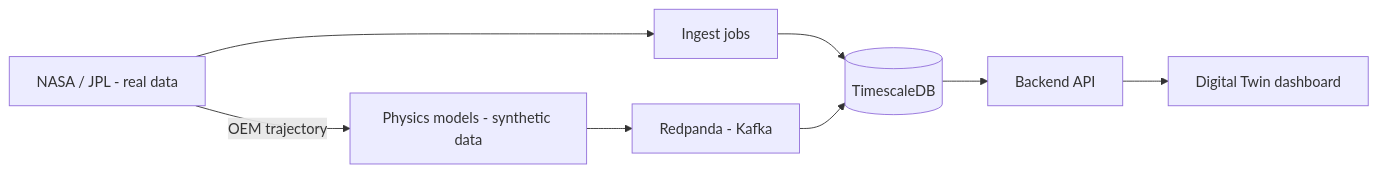
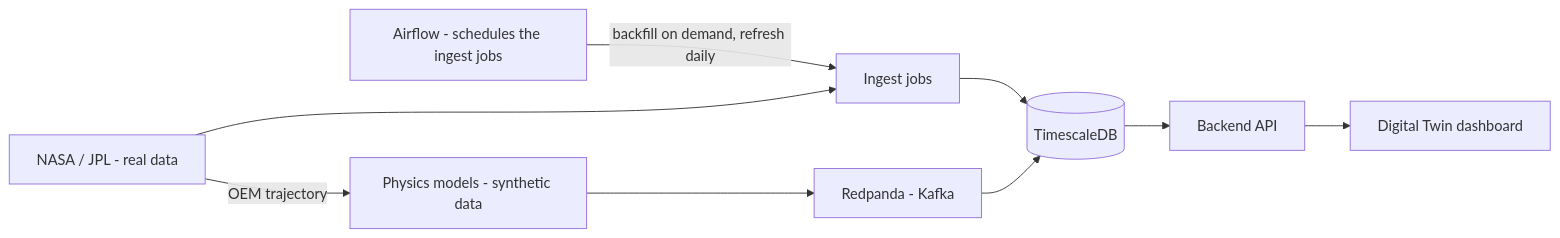
One commit to datatribe-collective-labs/telemetry changed the diagram in README.md. Above: the diagram before and after it, drawn with Mermaid. The commit also changed other lines of this file and 1 other file, not shown here.

First line of the commit message:
docs: bring the README up to date with Airflow (#42)

````diff
--- a/README.md
+++ b/README.md
@@ -10,18 +10,20 @@
 ```mermaid
 flowchart LR
     NASA["NASA / JPL - real data"]
+    Airflow["Airflow - schedules the ingest jobs"]
     Ingest["Ingest jobs"]
     Physics["Physics models - synthetic data"]
     Kafka["Redpanda - Kafka"]
     DB[("TimescaleDB")]
     API["Backend API"]
     Twin["Digital Twin dashboard"]
 
+    Airflow -- backfill on demand, refresh daily --> Ingest
     NASA --> Ingest
     Ingest --> DB
     NASA -- OEM trajectory --> Physics
     Physics --> Kafka
     Kafka --> DB
     DB --> API
     API --> Twin
 ```
````
